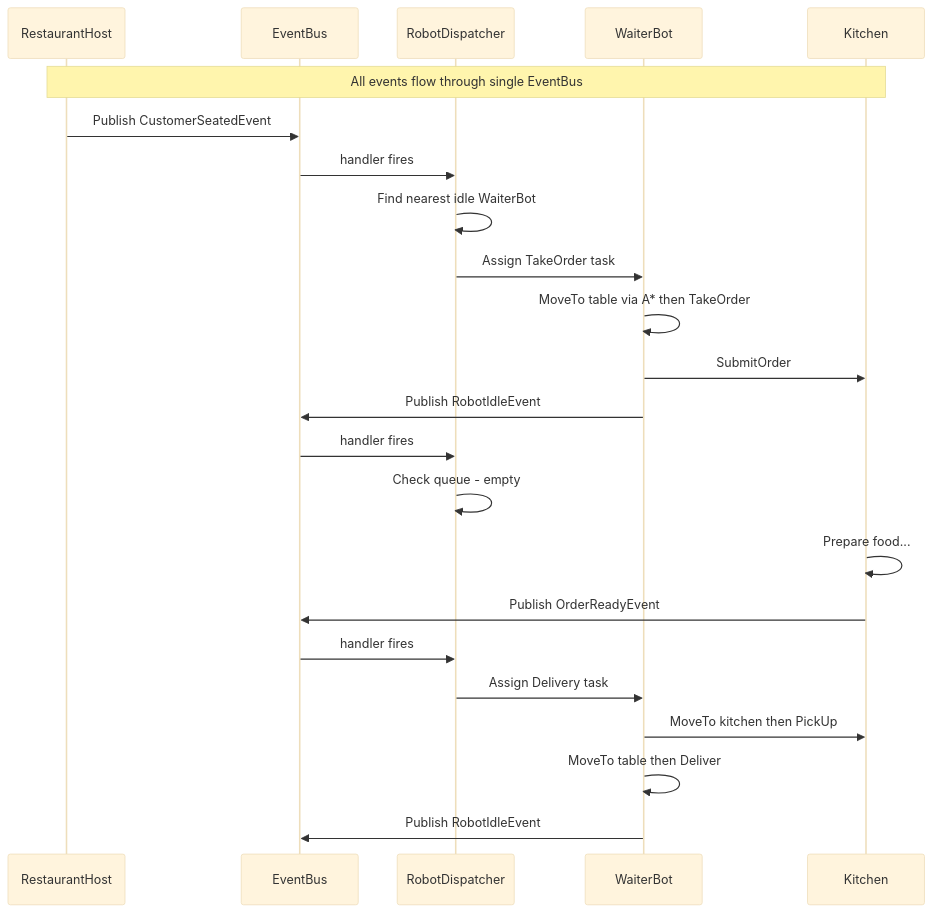
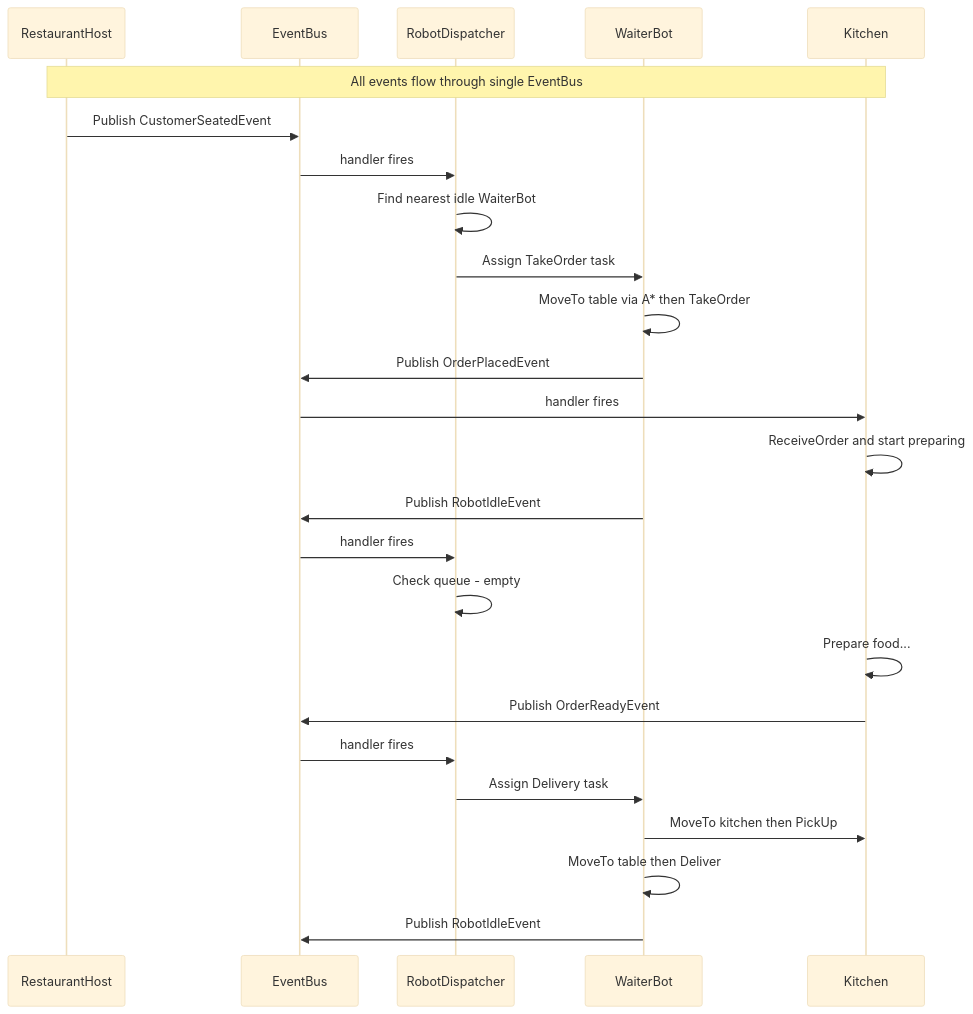
One commit to grafanaKibana/devbook.zip changed the fourth of 15 diagrams in Vault/Assets/Sr. AI Engineer - OOD Interview Prep.md. Above: the diagram before and after it, drawn with Mermaid (base theme). The commit also changed other lines of this file, not shown here.

````diff
--- a/Vault/Assets/Sr. AI Engineer - OOD Interview Prep.md
+++ b/Vault/Assets/Sr. AI Engineer - OOD Interview Prep.md
@@ -1113,28 +1115,30 @@
 ```mermaid
 sequenceDiagram
     participant R as RestaurantHost
     participant B as EventBus
     participant D as RobotDispatcher
     participant W as WaiterBot
     participant K as Kitchen
 
     Note over R,K: All events flow through single EventBus
 
     R->>B: Publish CustomerSeatedEvent
     B->>D: handler fires
     D->>D: Find nearest idle WaiterBot
     D->>W: Assign TakeOrder task
     W->>W: MoveTo table via A* then TakeOrder
-    W->>K: SubmitOrder
+    W->>B: Publish OrderPlacedEvent
+    B->>K: handler fires
+    K->>K: ReceiveOrder and start preparing
     W->>B: Publish RobotIdleEvent
     B->>D: handler fires
     D->>D: Check queue - empty
 
     K->>K: Prepare food...
     K->>B: Publish OrderReadyEvent
     B->>D: handler fires
     D->>W: Assign Delivery task
     W->>K: MoveTo kitchen then PickUp
     W->>W: MoveTo table then Deliver
     W->>B: Publish RobotIdleEvent
 ```
````
